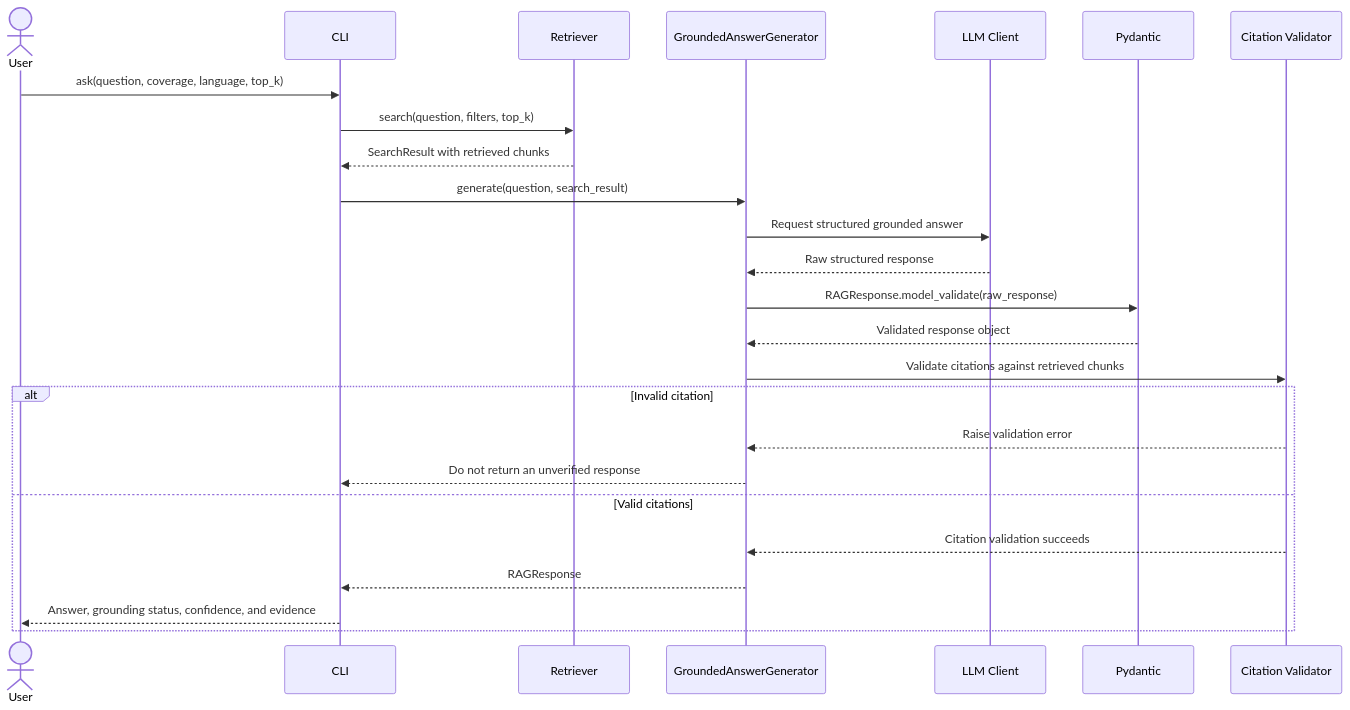
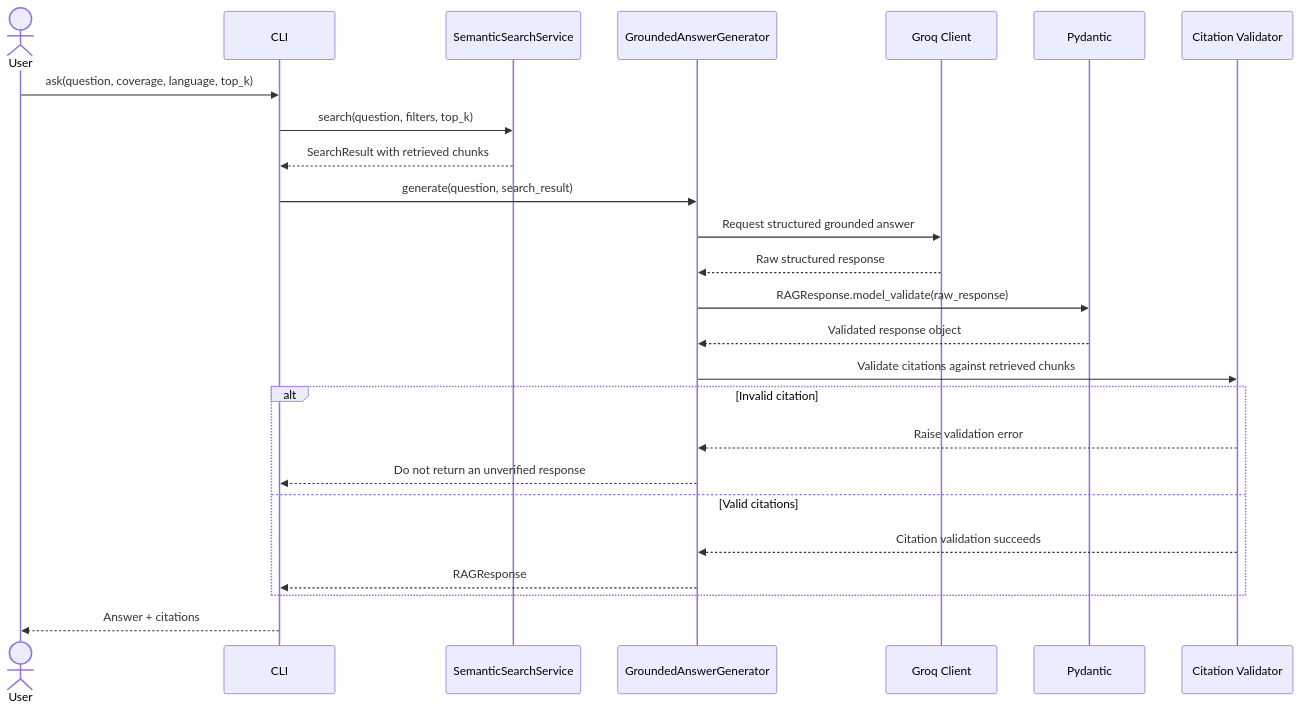
Before and after one commit to Kwame-K/insurance-rag-assistant: the second of 4 diagrams in docs/architecture/system-architecture.md, drawn with Mermaid. The commit also changed other lines of this file and 1 other file, not shown here.

Commit message:
docs: Updated architecture and readme

````diff
--- a/docs/architecture/system-architecture.md
+++ b/docs/architecture/system-architecture.md
@@ -69,28 +85,28 @@
 ```mermaid
 sequenceDiagram
     actor User
     participant CLI
-    participant Retriever
+    participant Retriever as SemanticSearchService
     participant Generator as GroundedAnswerGenerator
-    participant LLM as LLM Client
+    participant LLM as Groq Client
     participant Schema as Pydantic
     participant Validator as Citation Validator
 
     User->>CLI: ask(question, coverage, language, top_k)
     CLI->>Retriever: search(question, filters, top_k)
     Retriever-->>CLI: SearchResult with retrieved chunks
     CLI->>Generator: generate(question, search_result)
     Generator->>LLM: Request structured grounded answer
     LLM-->>Generator: Raw structured response
     Generator->>Schema: RAGResponse.model_validate(raw_response)
     Schema-->>Generator: Validated response object
     Generator->>Validator: Validate citations against retrieved chunks
     alt Invalid citation
         Validator-->>Generator: Raise validation error
         Generator-->>CLI: Do not return an unverified response
     else Valid citations
         Validator-->>Generator: Citation validation succeeds
         Generator-->>CLI: RAGResponse
-        CLI-->>User: Answer, grounding status, confidence, and evidence
     end
+    CLI-->>User: Answer + citations
 ```
````
